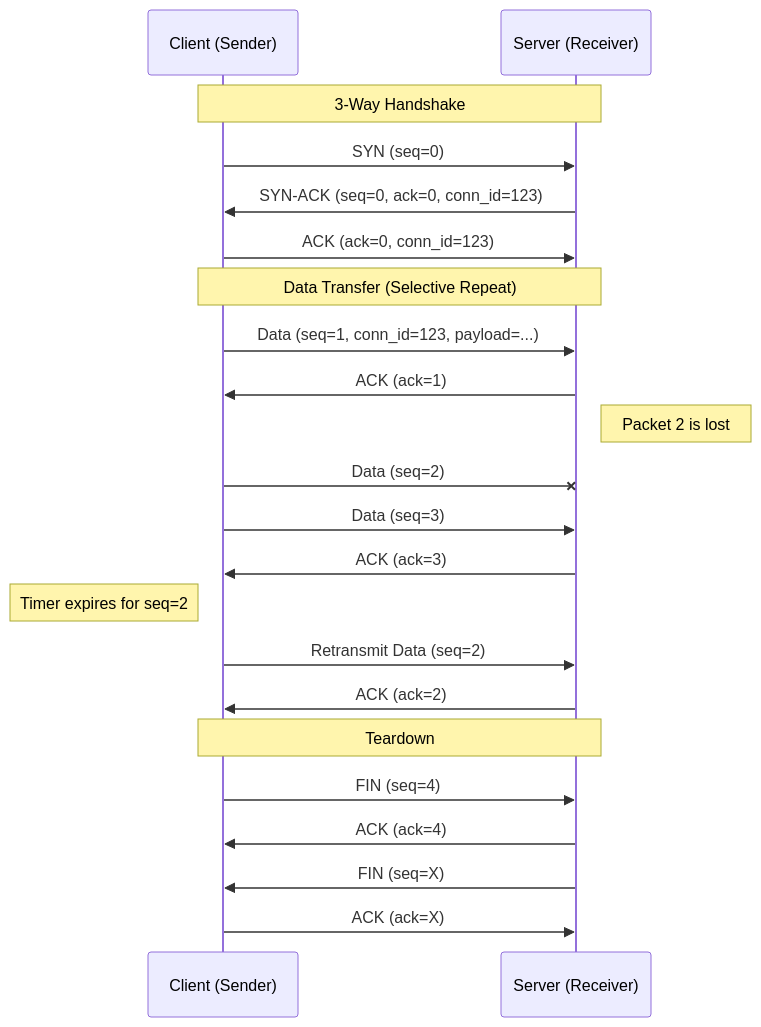
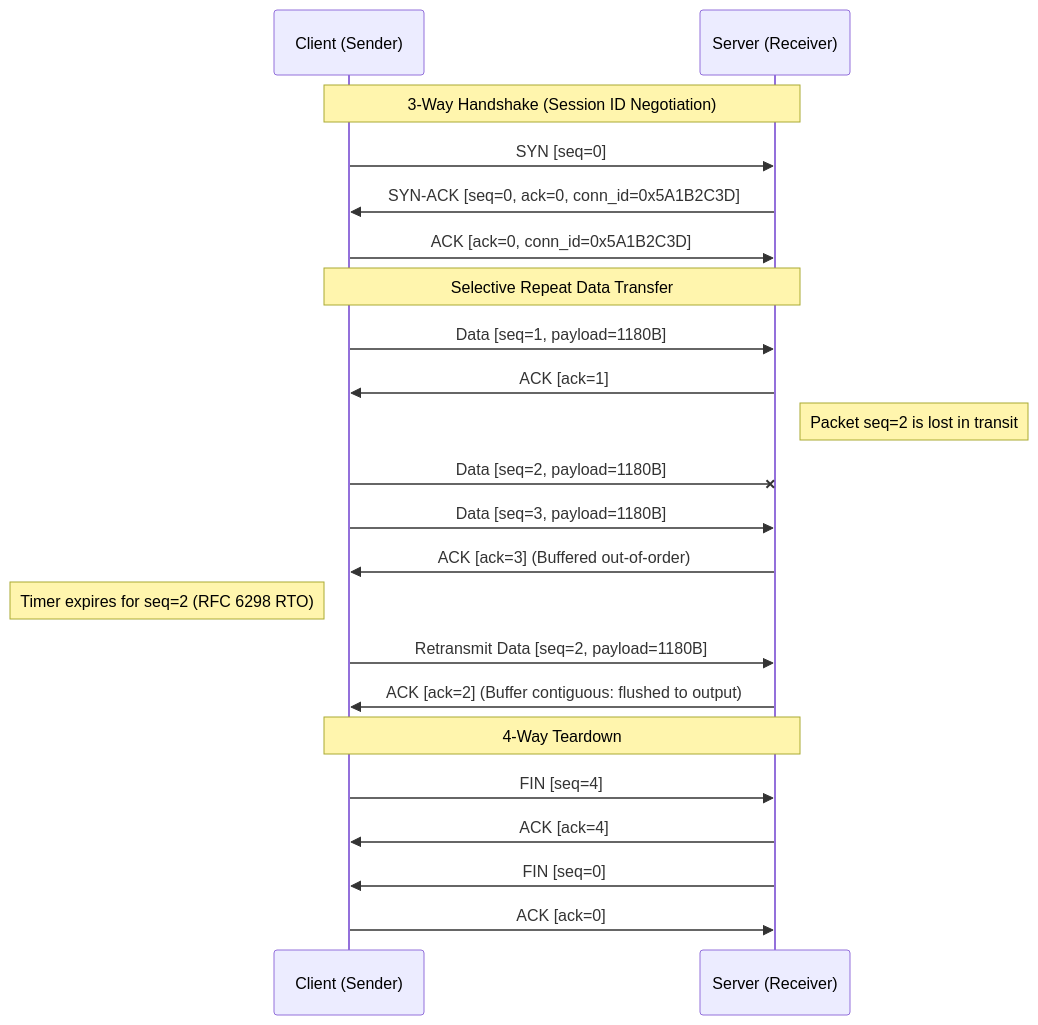
Before and after one commit to JosefAmbruz/udp-rdt: the first of 2 diagrams in README.md, drawn with Mermaid. The commit also changed other lines of this file and 29 other files, not shown here.

````diff
--- a/README.md
+++ b/README.md
@@ -96,29 +118,29 @@
 ```mermaid
 sequenceDiagram
   participant C as Client (Sender)
   participant S as Server (Receiver)
 
-  Note over C,S: 3-Way Handshake
-  C->>S: SYN (seq=0)
-  S->>C: SYN-ACK (seq=0, ack=0, conn_id=123)
-  C->>S: ACK (ack=0, conn_id=123)
+  Note over C,S: 3-Way Handshake (Session ID Negotiation)
+  C->>S: SYN [seq=0]
+  S->>C: SYN-ACK [seq=0, ack=0, conn_id=0x5A1B2C3D]
+  C->>S: ACK [ack=0, conn_id=0x5A1B2C3D]
 
-  Note over C,S: Data Transfer (Selective Repeat)
-  C->>S: Data (seq=1, conn_id=123, payload=...)
-  S->>C: ACK (ack=1)
+  Note over C,S: Selective Repeat Data Transfer
+  C->>S: Data [seq=1, payload=1180B]
+  S->>C: ACK [ack=1]
 
-  Note right of S: Packet 2 is lost
-  C-xS: Data (seq=2)
-  C->>S: Data (seq=3)
-  S->>C: ACK (ack=3)
+  Note right of S: Packet seq=2 is lost in transit
+  C-xS: Data [seq=2, payload=1180B]
+  C->>S: Data [seq=3, payload=1180B]
+  S->>C: ACK [ack=3] (Buffered out-of-order)
 
-  Note left of C: Timer expires for seq=2
-  C->>S: Retransmit Data (seq=2)
-  S->>C: ACK (ack=2)
+  Note left of C: Timer expires for seq=2 (RFC 6298 RTO)
+  C->>S: Retransmit Data [seq=2, payload=1180B]
+  S->>C: ACK [ack=2] (Buffer contiguous: flushed to output)
 
-  Note over C,S: Teardown
-  C->>S: FIN (seq=4)
-  S->>C: ACK (ack=4)
-  S->>C: FIN (seq=X)
-  C->>S: ACK (ack=X)
+  Note over C,S: 4-Way Teardown
+  C->>S: FIN [seq=4]
+  S->>C: ACK [ack=4]
+  S->>C: FIN [seq=0]
+  C->>S: ACK [ack=0]
 ```
````
